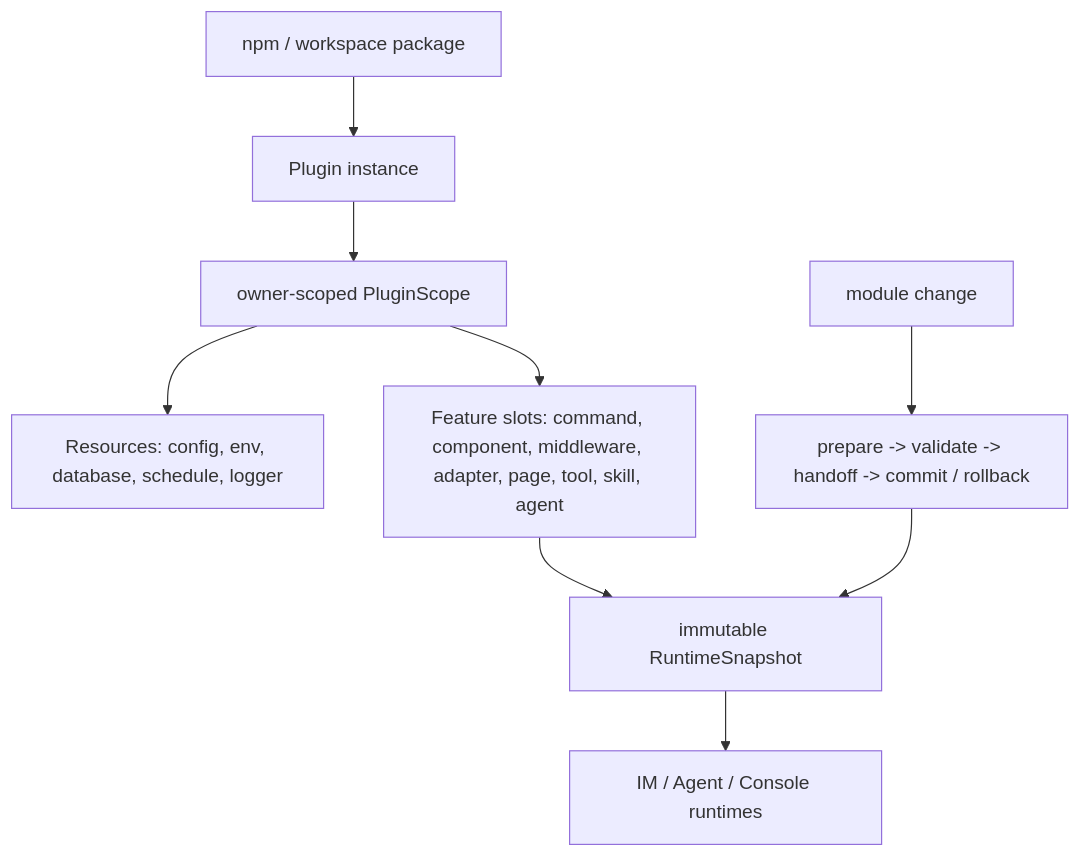
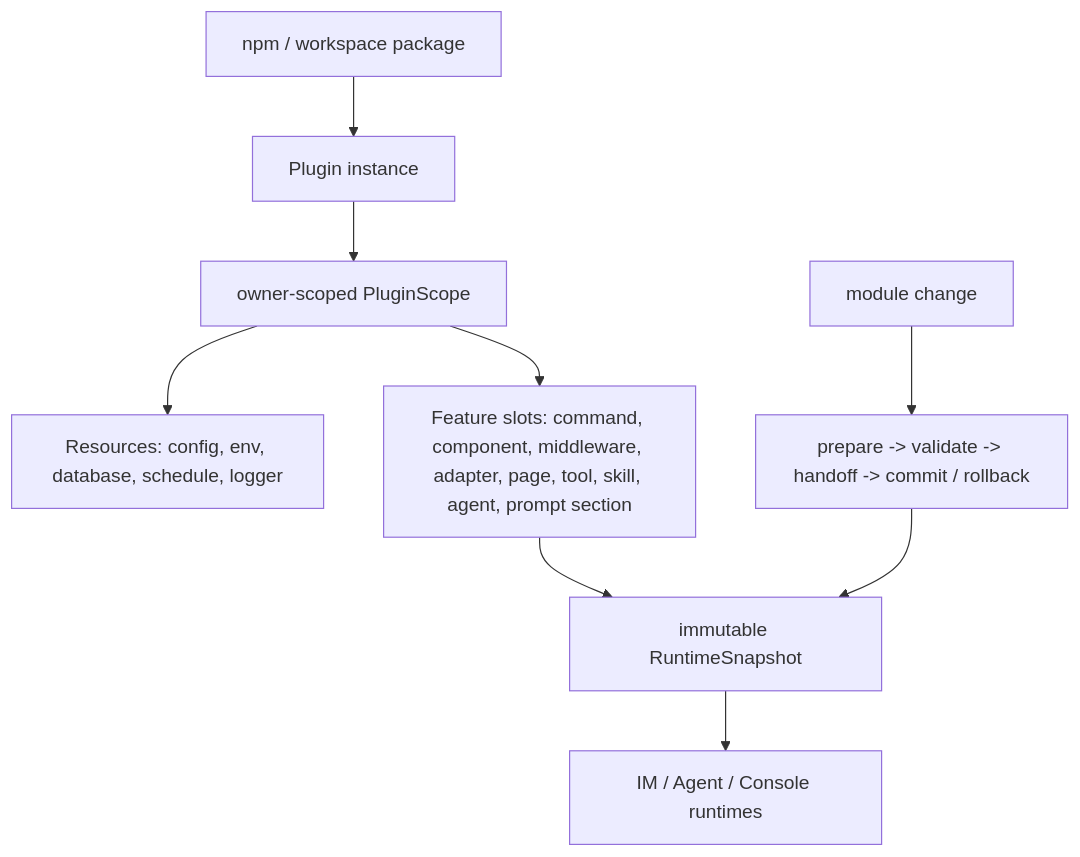
The first of 5 diagrams in docs/target-architecture.md (zhinjs/zhin), drawn with Mermaid before and after one commit. The commit also changed other lines of this file and 103 other files, not shown here.

Commit message:
feat(agent): make prompt sections generation owned

````diff
--- a/docs/target-architecture.md
+++ b/docs/target-architecture.md
@@ -12,11 +12,11 @@
 ```mermaid
 flowchart TB
   Package["npm / workspace package"] --> Instance["Plugin instance"]
   Instance --> Scope["owner-scoped PluginScope"]
   Scope --> Resources["Resources: config, env, database, schedule, logger"]
-  Scope --> Slots["Feature slots: command, component, middleware, adapter, page, tool, skill, agent"]
+  Scope --> Slots["Feature slots: command, component, middleware, adapter, page, tool, skill, agent, prompt section"]
   Slots --> Snapshot["immutable RuntimeSnapshot"]
   Snapshot --> Runtimes["IM / Agent / Console runtimes"]
   HMR["module change"] --> Transaction["prepare -> validate -> handoff -> commit / rollback"]
   Transaction --> Snapshot
 ```
````
